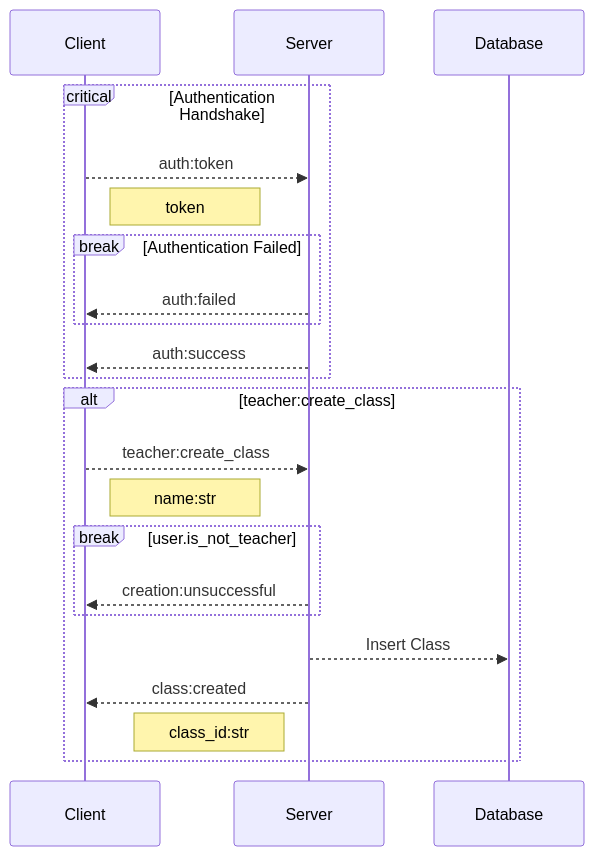
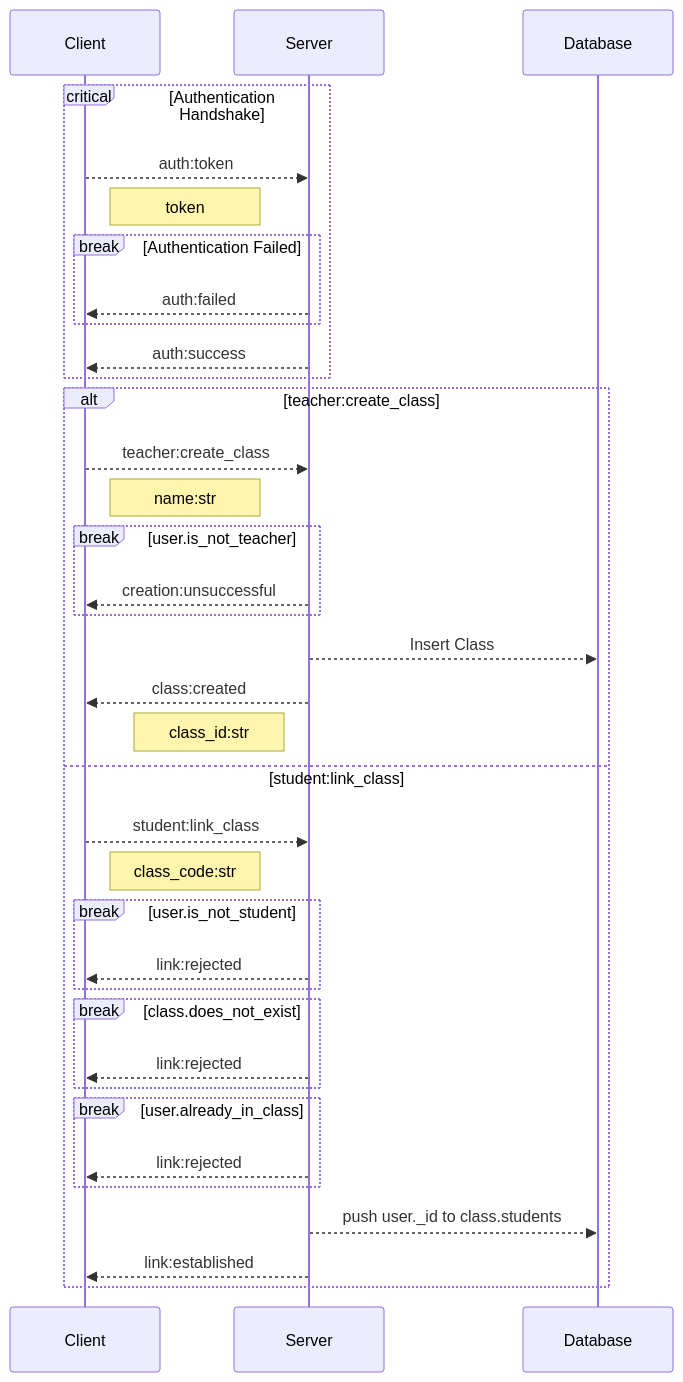
The diagram in packages/backend/api/account/link/README.md (Amaan-Dhanani/DriveHenrico), drawn with Mermaid before and after one commit. The commit also changed 4 other files, not shown here.

First line of the commit message:
feat(link): Added student:link_class operation, Closes #15

````diff
--- a/packages/backend/api/account/link/README.md
+++ b/packages/backend/api/account/link/README.md
@@ -5,32 +5,53 @@
 ```mermaid
 sequenceDiagram
     participant Client
     participant Server
     participant Database
 
     critical Authentication Handshake
         Client -->> Server: auth:token
         Note right of Client: token
 
         break Authentication Failed
             Server -->> Client: auth:failed
         end 
 
         Server -->> Client: auth:success
     end
 
     alt teacher:create_class
         Client -->> Server: teacher:create_class
         Note right of Client: name:str
 
         break user.is_not_teacher
             Server -->> Client: creation:unsuccessful
         end 
 
         Server -->> Database: Insert Class
 
         Server -->> Client: class:created
 
         Note left of Server: class_id:str
+
+    else student:link_class
+        Client -->> Server: student:link_class
+        Note right of Client: class_code:str
+
+        break user.is_not_student
+            Server -->> Client: link:rejected
+        end 
+
+        break class.does_not_exist
+            Server -->> Client: link:rejected
+        end
+
+        break user.already_in_class
+            Server -->> Client: link:rejected
+        end
+
+        Server -->> Database: push user._id to class.students
+
+        Server -->> Client: link:established
+
     end
 ```
````
